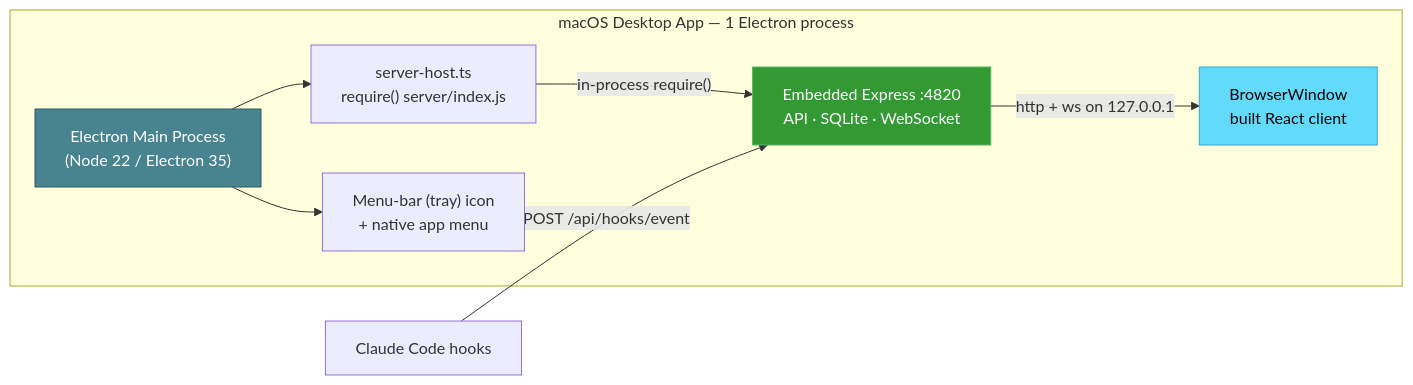
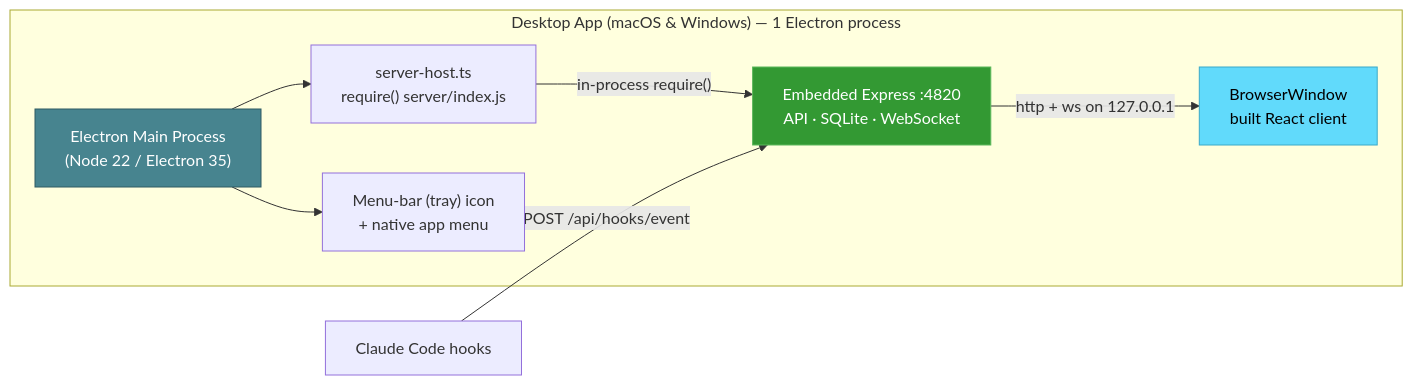
Before and after one commit to quxiucheng/Claude-Code-Agent-Monitor: diagram 22 of 23 in README.md, drawn with Mermaid. The commit also changed other lines of this file and 1 other file, not shown here.

First line of the commit message:
docs+ci(windows): document Windows desktop app and publish .exe in releases

````diff
--- a/README.md
+++ b/README.md
@@ -1709,20 +1735,20 @@
 ```mermaid
 flowchart LR
-    subgraph desktop["macOS Desktop App — 1 Electron process"]
+    subgraph desktop["Desktop App (macOS & Windows) — 1 Electron process"]
         E_MAIN["Electron Main Process<br/>(Node 22 / Electron 35)"]
         E_HOST["server-host.ts<br/>require() server/index.js"]
         E_SRV["Embedded Express :4820<br/>API · SQLite · WebSocket"]
         E_WIN["BrowserWindow<br/>built React client"]
         E_TRAY["Menu-bar (tray) icon<br/>+ native app menu"]
         E_MAIN --> E_HOST
         E_HOST -->|"in-process require()"| E_SRV
         E_MAIN --> E_TRAY
         E_SRV -->|"http + ws on 127.0.0.1"| E_WIN
     end
 
     E_HOOKS["Claude Code hooks"] -->|"POST /api/hooks/event"| E_SRV
 
     style E_MAIN fill:#47848F,stroke:#2f5a62,color:#fff
     style E_SRV fill:#339933,stroke:#5cb85c,color:#fff
     style E_WIN fill:#61DAFB,stroke:#3aa9c9,color:#000
 ```
````
